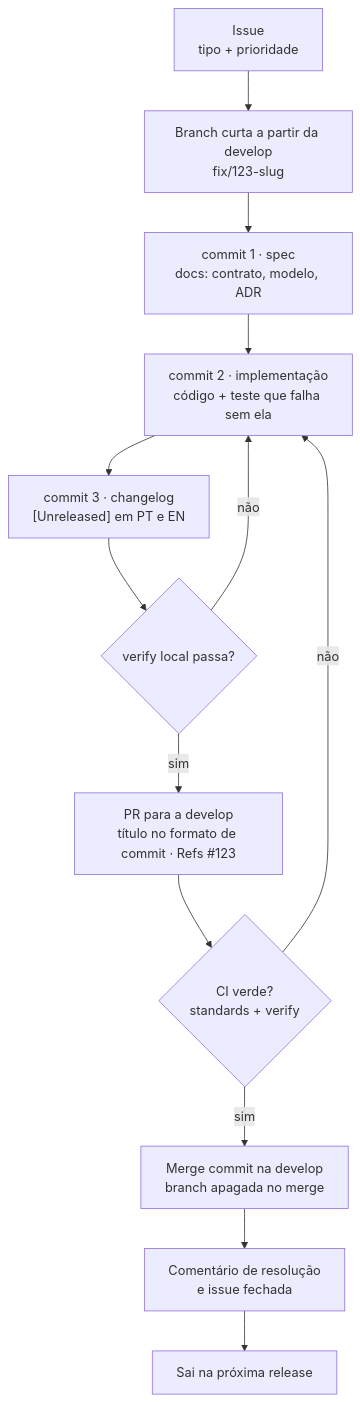
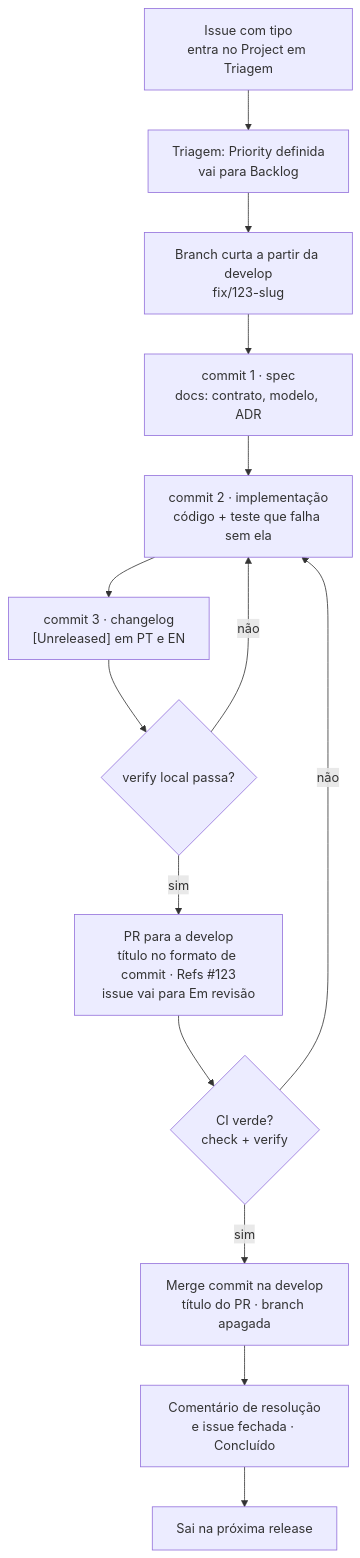
The second of 13 diagrams in docs/REGRAS.md (diego-castilho/dev-standards), drawn with Mermaid before and after one commit. The commit also changed other lines of this file and 30 other files, not shown here.

````diff
--- a/docs/REGRAS.md
+++ b/docs/REGRAS.md
@@ -82,15 +95,16 @@
 ```mermaid
 flowchart TD
-  I["Issue<br/>tipo + prioridade"] --> B["Branch curta a partir da develop<br/>fix/123-slug"]
+  I["Issue com tipo<br/>entra no Project em Triagem"] --> T["Triagem: Priority definida<br/>vai para Backlog"]
+  T --> B["Branch curta a partir da develop<br/>fix/123-slug"]
   B --> K1["commit 1 · spec<br/>docs: contrato, modelo, ADR"]
   K1 --> K2["commit 2 · implementação<br/>código + teste que falha sem ela"]
   K2 --> K3["commit 3 · changelog<br/>[Unreleased] em PT e EN"]
   K3 --> V{"verify local passa?"}
   V -- não --> K2
-  V -- sim --> P["PR para a develop<br/>título no formato de commit · Refs #123"]
-  P --> CI{"CI verde?<br/>standards + verify"}
+  V -- sim --> P["PR para a develop<br/>título no formato de commit · Refs #123<br/>issue vai para Em revisão"]
+  P --> CI{"CI verde?<br/>check + verify"}
   CI -- não --> K2
-  CI -- sim --> MG["Merge commit na develop<br/>branch apagada no merge"]
-  MG --> R["Comentário de resolução<br/>e issue fechada"]
+  CI -- sim --> MG["Merge commit na develop<br/>título do PR · branch apagada"]
+  MG --> R["Comentário de resolução<br/>e issue fechada · Concluído"]
   R --> REL["Sai na próxima release"]
 ```
````
